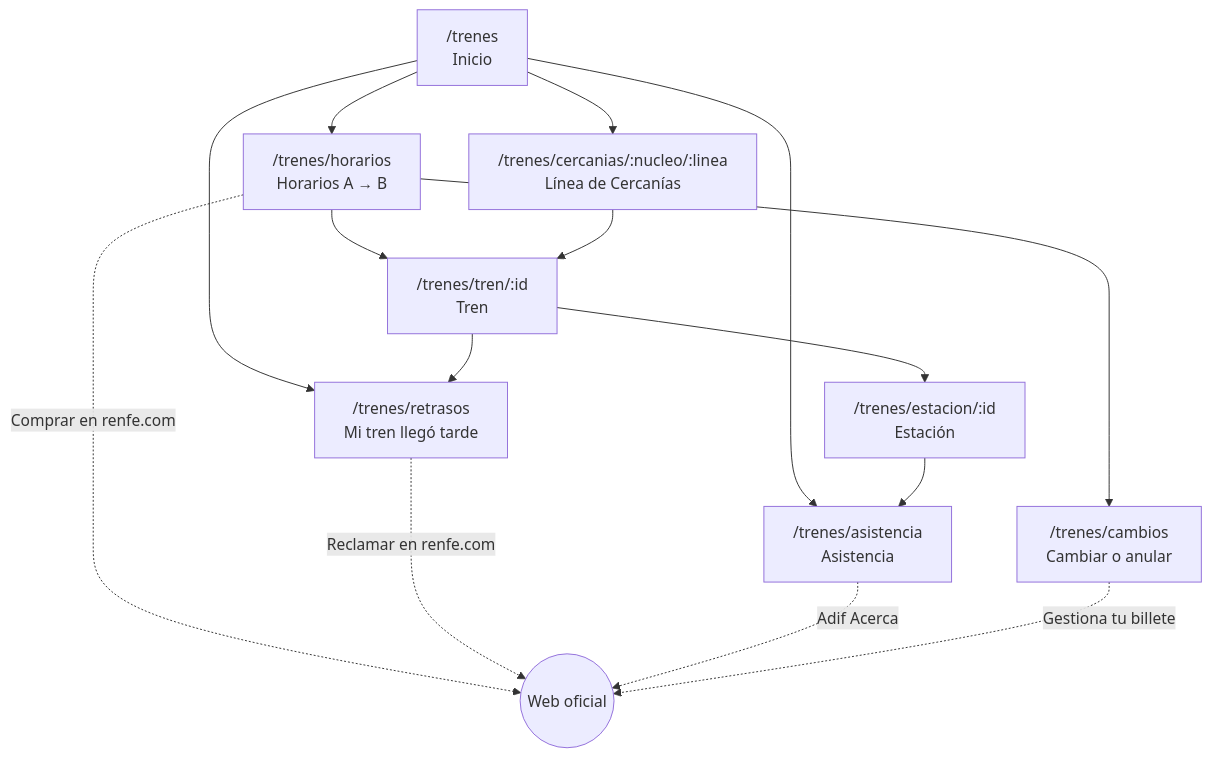
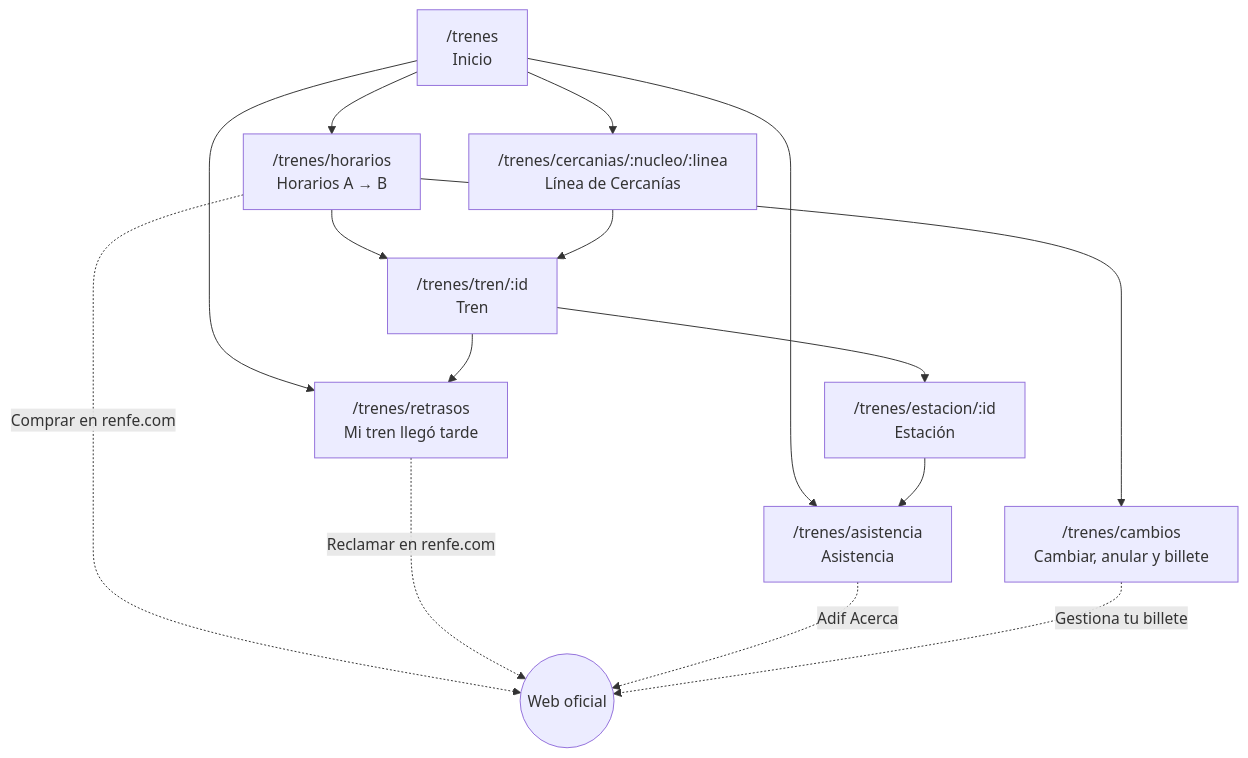
The second of 3 diagrams in docs/trenes/pantallas.md (drtey/reforma-digital), drawn with Mermaid before and after one commit. The commit also changed other lines of this file and 3 other files, not shown here.

First line of the commit message:
docs(trenes): completa compra, billete, arquitectura y encaje del proyecto

````diff
--- a/docs/trenes/pantallas.md
+++ b/docs/trenes/pantallas.md
@@ -7,17 +43,17 @@
 ```mermaid
 graph TD
   inicio["/trenes<br/>Inicio"] --> horarios["/trenes/horarios<br/>Horarios A → B"]
   inicio --> linea["/trenes/cercanias/:nucleo/:linea<br/>Línea de Cercanías"]
   inicio --> retrasos["/trenes/retrasos<br/>Mi tren llegó tarde"]
   inicio --> asistencia["/trenes/asistencia<br/>Asistencia"]
   horarios --> tren["/trenes/tren/:id<br/>Tren"]
   linea --> tren
   tren --> estacion["/trenes/estacion/:id<br/>Estación"]
   tren --> retrasos
-  horarios --> cambios["/trenes/cambios<br/>Cambiar o anular"]
+  horarios --> cambios["/trenes/cambios<br/>Cambiar, anular y billete"]
   estacion --> asistencia
   horarios -. "Comprar en renfe.com" .-> oficial(("Web oficial"))
   retrasos -. "Reclamar en renfe.com" .-> oficial
   asistencia -. "Adif Acerca" .-> oficial
   cambios -. "Gestiona tu billete" .-> oficial
 ```
````
